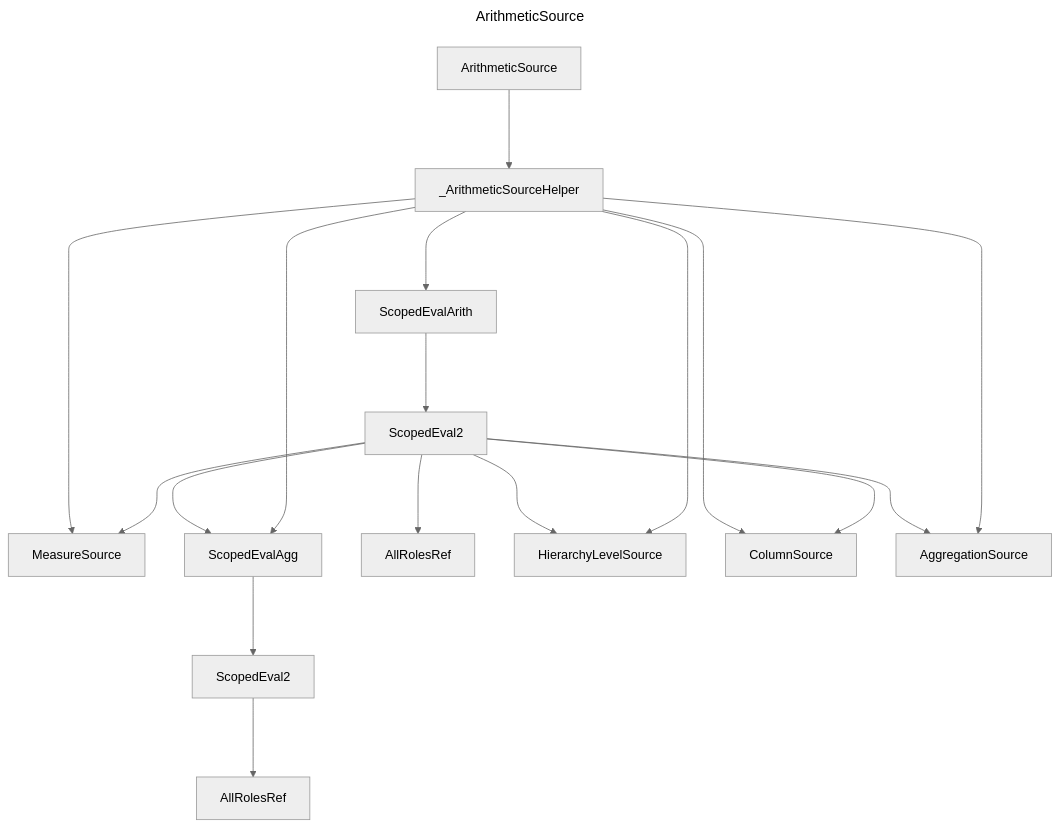
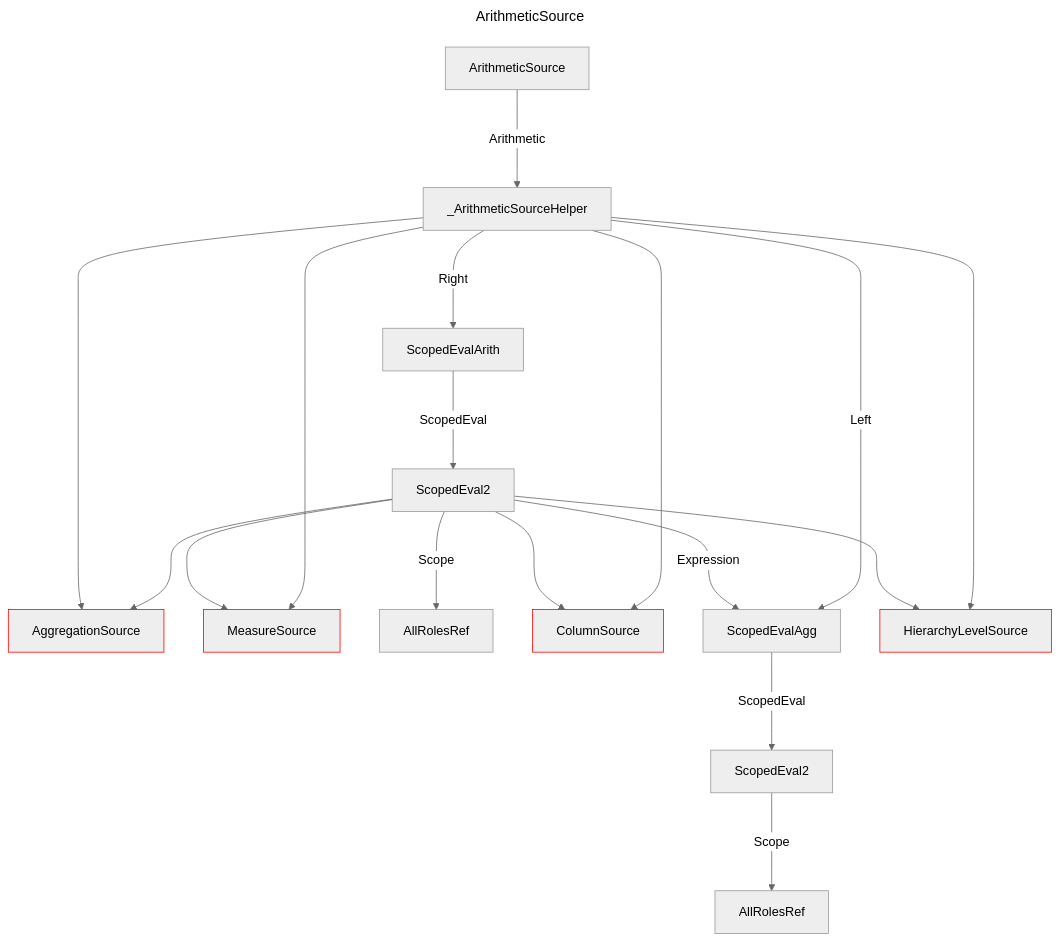
Before and after one commit to douglassimonsen/pbi_core: the diagram in docs/docs/layout/erd/ArithmeticSource.md, drawn with Mermaid (neutral theme). The commit also changed 77 other files, not shown here.

Commit message:
Updated to color code the layout ERD

````diff
--- a/docs/docs/layout/erd/ArithmeticSource.md
+++ b/docs/docs/layout/erd/ArithmeticSource.md
@@ -1,34 +1,38 @@
 ```mermaid
 ---
 title: ArithmeticSource
 ---
 graph 
-2721642009152["MeasureSource"]
-2721642037456["_ArithmeticSourceHelper"]
-2721642007200["ScopedEvalAgg"]
-2721642017936["ScopedEval2"]
-2721642008176["AllRolesRef"]
-2721642001344["AllRolesRef"]
-2721642019888["ScopedEval2"]
-2721642012080["HierarchyLevelSource"]
-2721642030624["ScopedEvalArith"]
-2721642014032["ColumnSource"]
-2721642003296["AggregationSource"]
-2721642031600["ArithmeticSource"]
-2721642037456 ---> 2721642007200
-2721642037456 ---> 2721642003296
-2721642019888 ---> 2721642008176
-2721642019888 ---> 2721642003296
-2721642037456 ---> 2721642012080
-2721642037456 ---> 2721642030624
-2721642019888 ---> 2721642014032
-2721642019888 ---> 2721642009152
-2721642007200 ---> 2721642017936
-2721642017936 ---> 2721642001344
-2721642037456 ---> 2721642014032
-2721642019888 ---> 2721642012080
-2721642030624 ---> 2721642019888
-2721642019888 ---> 2721642007200
-2721642031600 ---> 2721642037456
-2721642037456 ---> 2721642009152
+2430071358016["AggregationSource"]
+style 2430071358016 stroke:#ff0000,stroke-width:1px
+2430071359968["MeasureSource"]
+style 2430071359968 stroke:#ff0000,stroke-width:1px
+2430071360944["AllRolesRef"]
+2430071365824["ColumnSource"]
+style 2430071365824 stroke:#ff0000,stroke-width:1px
+2430071379488["_ArithmeticSourceHelper"]
+2430071371680["ScopedEvalAgg"]
+2430071362896["AllRolesRef"]
+2430071361920["ScopedEval2"]
+2430071376560["ScopedEvalArith"]
+2430071363872["HierarchyLevelSource"]
+style 2430071363872 stroke:#ff0000,stroke-width:1px
+2430071369728["ScopedEval2"]
+2430071382416["ArithmeticSource"]
+2430071376560 --->|ScopedEval| 2430071361920
+2430071361920 --->|Expression| 2430071371680
+2430071361920 ---> 2430071365824
+2430071379488 --->|Left| 2430071371680
+2430071382416 --->|Arithmetic| 2430071379488
+2430071379488 --->|Right| 2430071376560
+2430071371680 --->|ScopedEval| 2430071369728
+2430071361920 ---> 2430071359968
+2430071361920 ---> 2430071363872
+2430071379488 ---> 2430071358016
+2430071379488 ---> 2430071363872
+2430071379488 ---> 2430071365824
+2430071361920 ---> 2430071358016
+2430071379488 ---> 2430071359968
+2430071369728 --->|Scope| 2430071362896
+2430071361920 --->|Scope| 2430071360944
 ```
````
